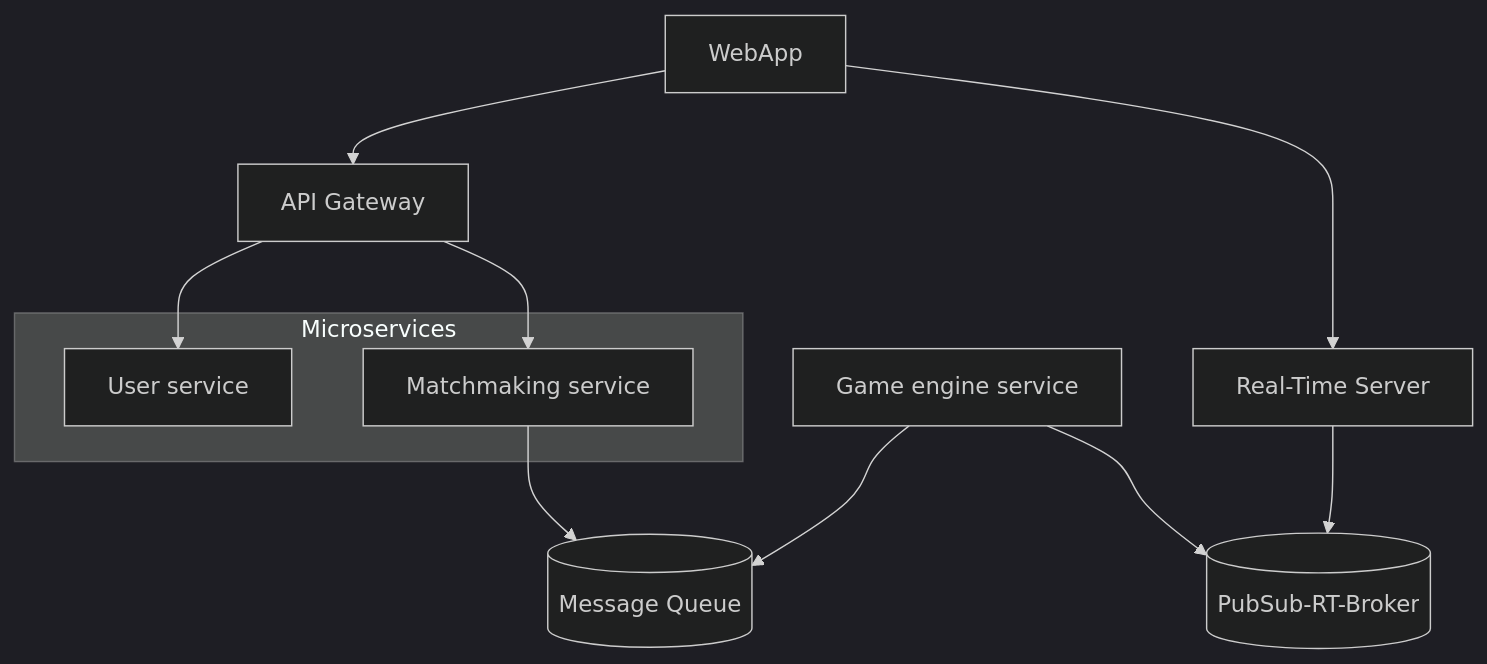
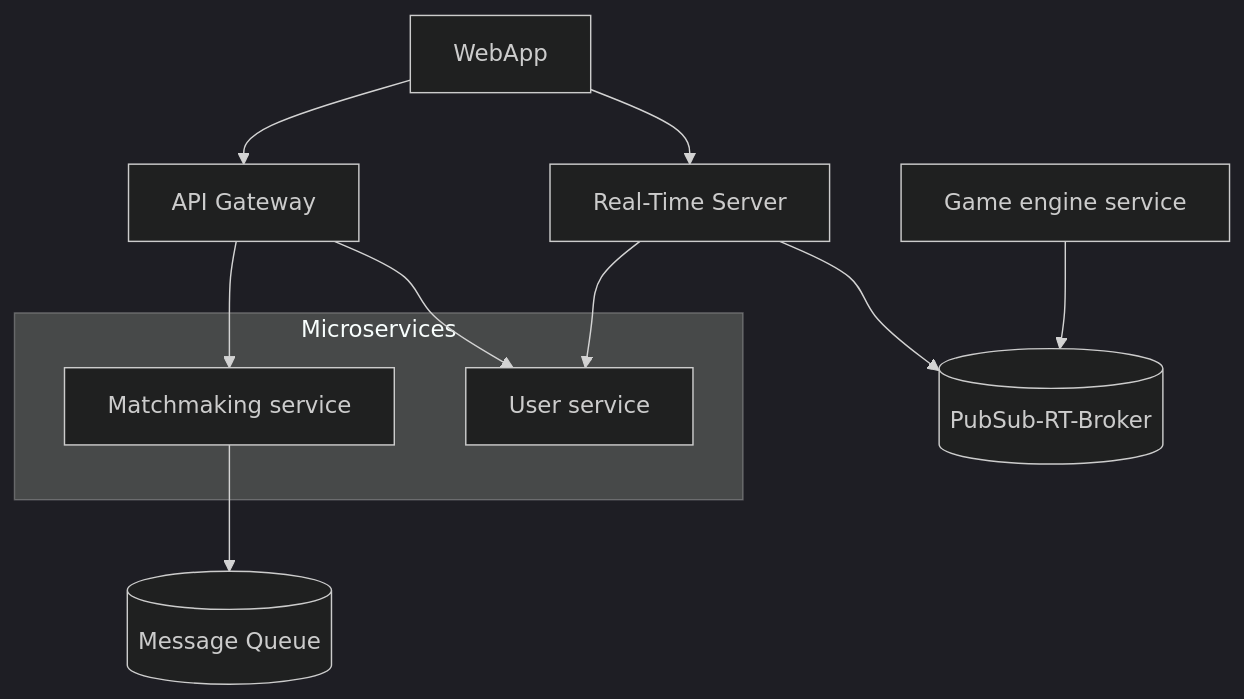
One commit to unal-lssa/lssa2025i changed the first of 2 diagrams in project/delivery_1/team4/README.md. Above: the diagram before and after it, drawn with Mermaid (dark theme). The commit also changed 8 other files, not shown here.

````diff
--- a/project/delivery_1/team4/README.md
+++ b/project/delivery_1/team4/README.md
@@ -68,28 +68,28 @@
 ```mermaid
 graph
 	CL[WebApp]
     GW[API Gateway]
     RTS[Real-Time Server]
 
     subgraph Microservices
+		MS[Matchmaking service]
 		US[User service]
-		MS[Matchmaking service]
 	end
 
     GS[Game engine service]
 
     Broker1[(PubSub-RT-Broker)]
     Queue1[(Message Queue)]
 
     CL --> GW
     CL --> RTS
     GW --> US
+    RTS --> US
     GW --> MS
 
     MS --> Queue1
-    GS --> Queue1
 
     RTS --> Broker1
     GS --> Broker1
 
 ```
````
